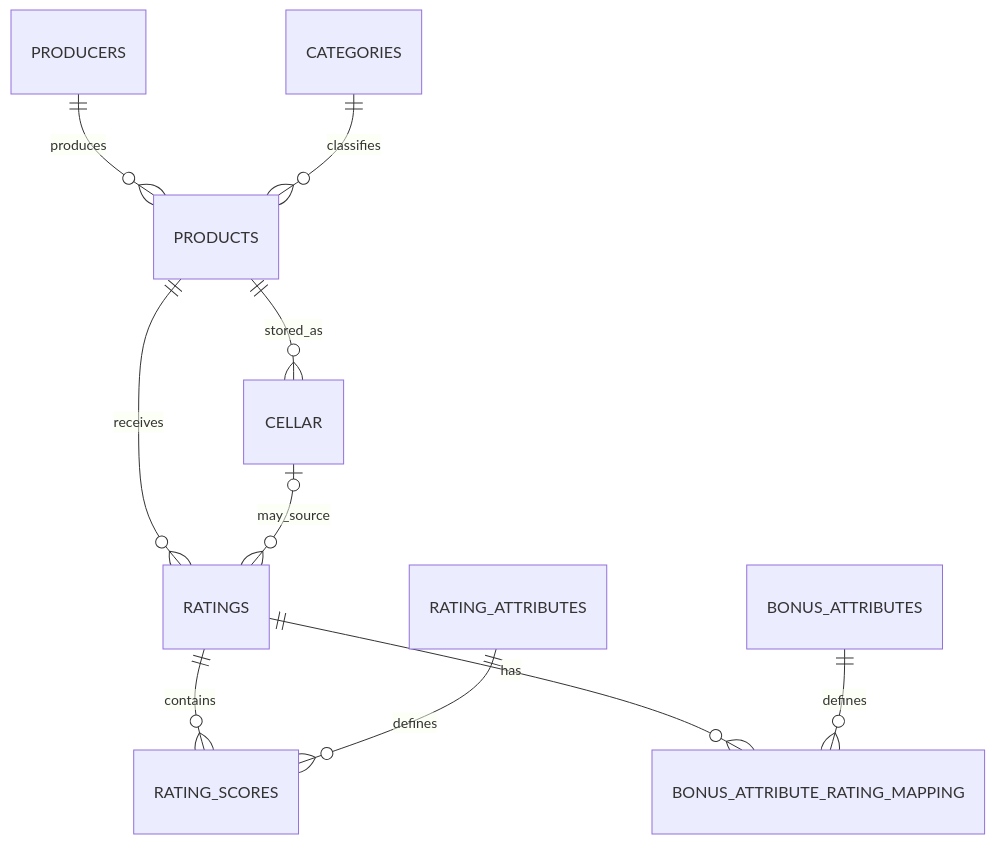
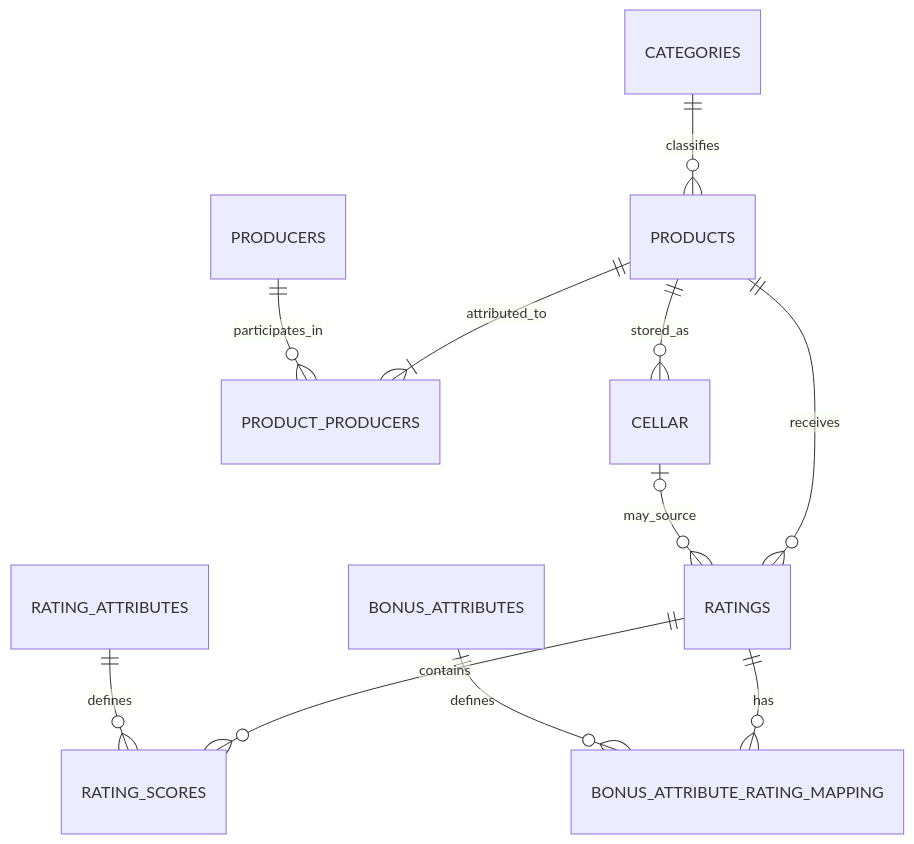
One commit to jeremytheva/pourfolio changed the diagram in DATA_MODEL.md. Above: the diagram before and after it, drawn with Mermaid. The commit also changed other lines of this file, not shown here.

Commit message:
Document authoritative product producer relationships

````diff
--- a/DATA_MODEL.md
+++ b/DATA_MODEL.md
@@ -26,12 +26,13 @@
 ```mermaid
 erDiagram
-    PRODUCERS ||--o{ PRODUCTS : produces
+    PRODUCTS ||--|{ PRODUCT_PRODUCERS : attributed_to
+    PRODUCERS ||--o{ PRODUCT_PRODUCERS : participates_in
     CATEGORIES ||--o{ PRODUCTS : classifies
     PRODUCTS ||--o{ RATINGS : receives
     PRODUCTS ||--o{ CELLAR : stored_as
     RATINGS ||--o{ RATING_SCORES : contains
     RATING_ATTRIBUTES ||--o{ RATING_SCORES : defines
     RATINGS ||--o{ BONUS_ATTRIBUTE_RATING_MAPPING : has
     BONUS_ATTRIBUTES ||--o{ BONUS_ATTRIBUTE_RATING_MAPPING : defines
     CELLAR o|--o{ RATINGS : may_source
 ```
````
